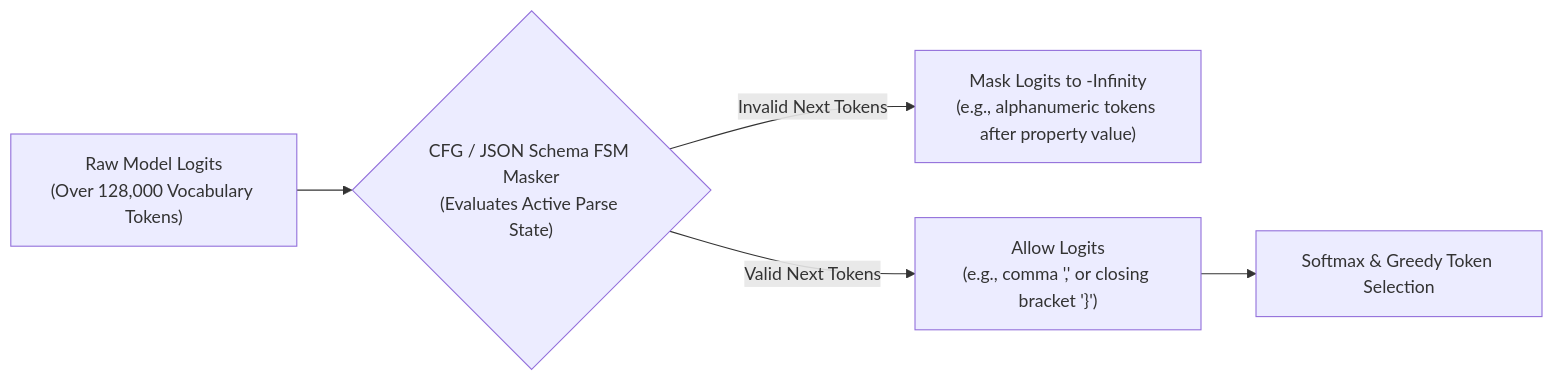
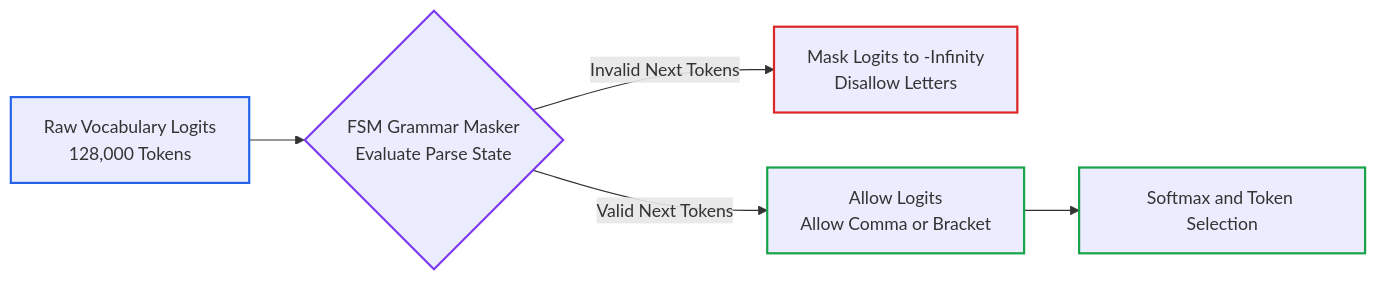
The third of 3 diagrams in 05-ai-security-and-guardrails/03-hallucination-mitigation-and-active-grounding.md (dip4k/senior-engineer-to-ai-engineer-roadmap), drawn with Mermaid before and after one commit. The commit also changed other lines of this file and 11 other files, not shown here.

First line of the commit message:
refactor(phase-05): AI security, guardrails, and trust architecture

````diff
--- a/05-ai-security-and-guardrails/03-hallucination-mitigation-and-active-grounding.md
+++ b/05-ai-security-and-guardrails/03-hallucination-mitigation-and-active-grounding.md
@@ -210,7 +137,13 @@
 ```mermaid
 flowchart LR
-    Logits["Raw Model Logits<br/>(Over 128,000 Vocabulary Tokens)"] --> Masker{"CFG / JSON Schema FSM Masker<br/>(Evaluates Active Parse State)"}
-    Masker -->|Invalid Next Tokens| Masked["Mask Logits to -Infinity<br/>(e.g., alphanumeric tokens after property value)"]
-    Masker -->|Valid Next Tokens| Valid["Allow Logits<br/>(e.g., comma ',' or closing bracket '}')"]
-    Valid --> Softmax["Softmax & Greedy Token Selection"]
+    Logits["Raw Vocabulary Logits<br/>128,000 Tokens"] --> Masker{"FSM Grammar Masker<br/>Evaluate Parse State"}
+    Masker -->|Invalid Next Tokens| Masked["Mask Logits to -Infinity<br/>Disallow Letters"]
+    Masker -->|Valid Next Tokens| Valid["Allow Logits<br/>Allow Comma or Bracket"]
+    Valid --> Softmax["Softmax and Token Selection"]
+
+    style Logits stroke:#2563eb,stroke-width:2px
+    style Masker stroke:#7c3aed,stroke-width:2px
+    style Masked stroke:#dc2626,stroke-width:2px
+    style Valid stroke:#16a34a,stroke-width:2px
+    style Softmax stroke:#16a34a,stroke-width:2px
 ```
````
